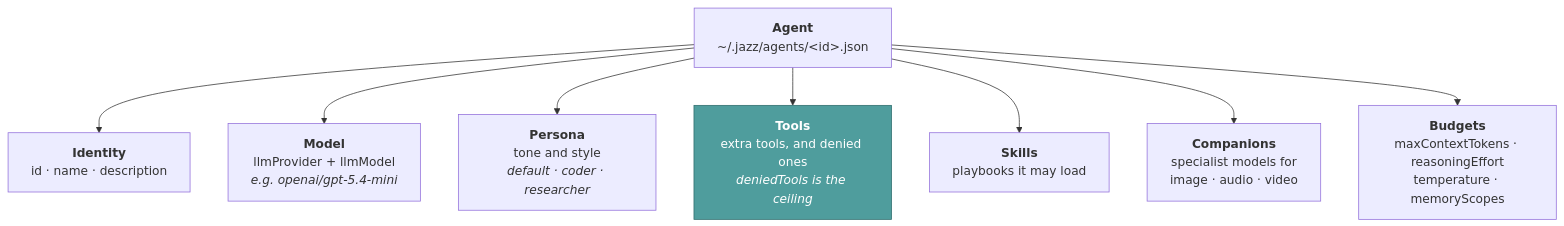
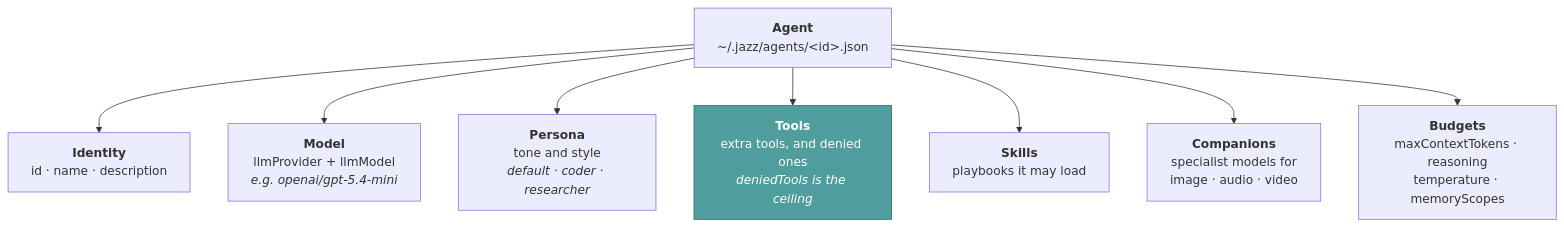
Before and after one commit to lvndry/jazz: the first of 2 diagrams in docs/concepts/agents.md, drawn with Mermaid. The commit also changed 57 other files, not shown here.

````diff
--- a/docs/concepts/agents.md
+++ b/docs/concepts/agents.md
@@ -25,15 +25,15 @@
 ```mermaid
 flowchart TB
     A["<b>Agent</b><br/>~/.jazz/agents/&lt;id&gt;.json"]
 
     A --> ID["<b>Identity</b><br/>id · name · description"]
     A --> M["<b>Model</b><br/>llmProvider + llmModel<br/><i>e.g. openai/gpt-5.4-mini</i>"]
     A --> P["<b>Persona</b><br/>tone and style<br/><i>default · coder · researcher</i>"]
     A --> T["<b>Tools</b><br/>extra tools, and denied ones<br/><i>deniedTools is the ceiling</i>"]
     A --> S["<b>Skills</b><br/>playbooks it may load"]
     A --> C["<b>Companions</b><br/>specialist models for<br/>image · audio · video"]
-    A --> X["<b>Budgets</b><br/>maxContextTokens · reasoningEffort<br/>temperature · memoryScopes"]
+    A --> X["<b>Budgets</b><br/>maxContextTokens · reasoning<br/>temperature · memoryScopes"]
 
     classDef key fill:#4f9d9d,stroke:#2f6d6d,color:#ffffff
     class T key
 ```
````
